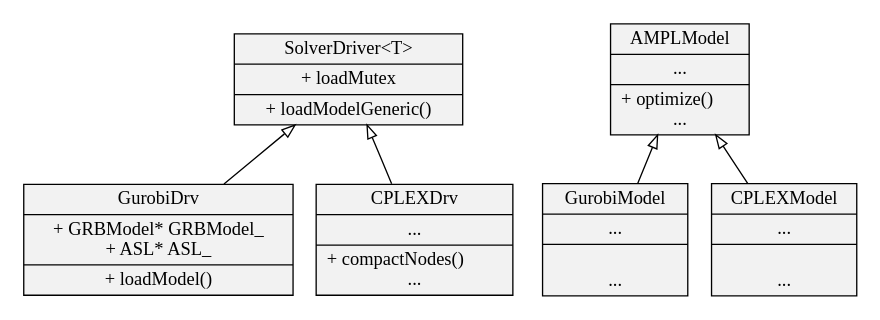
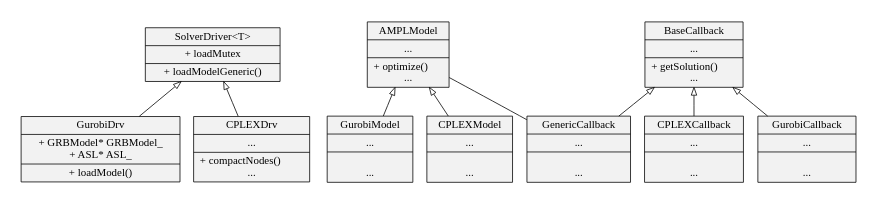
One commit to ampl/ampls-api changed the diagram in doc/images/classdiagram.dot. Above: the diagram before and after it, drawn with Graphviz. The commit also changed 10 other files, not shown here.

```diff
--- a/doc/images/classdiagram.dot
+++ b/doc/images/classdiagram.dot
@@ -1,23 +1,35 @@
 digraph hierarchy {
 size="5,5"
 node[shape=record,style=filled,fillcolor=gray95]
 edge[dir=back, arrowtail=empty]
 
 SolverDriver[label = "{SolverDriver\<T\>|+ loadMutex|+ loadModelGeneric()}"]
 GurobiDrv[label = "{GurobiDrv|+ GRBModel* GRBModel_\n+ ASL* ASL_| + loadModel()}"]
 CPLEXDrv[label = "{CPLEXDrv|...| + compactNodes()\l...}"]
 
 AMPLModel[label = "{AMPLModel|...|+ optimize()\l...}"]
 GurobiModel[label = "{GurobiModel|...|\l...}"]
 CPLEXModel[label = "{CPLEXModel|...|\l...}"]
 
+BaseCB[label = "{BaseCallback|...|+ getSolution()\l...}"]
+GenericCB[label = "{GenericCallback|...|\l...}"]
+CPLEXCB[label = "{CPLEXCallback|...|\l...}"]
+GurobiCB[label = "{GurobiCallback|...|\l...}"]
+
+
 
 SolverDriver->GurobiDrv
 SolverDriver->CPLEXDrv
 
 AMPLModel->GurobiModel
 AMPLModel->CPLEXModel
 
+
+BaseCB->GenericCB
+BaseCB->CPLEXCB
+BaseCB->GurobiCB
+
 # not compatible with VS
-# SolverDriver->AMPLModel[constraint=false, arrowtail=odiamond]
+#AMPLModel->SolverDriver[constraint=false, arrowtail=odiamond]
+GenericCB->AMPLModel[constraint=false, arrowtail=none]
 }
```
